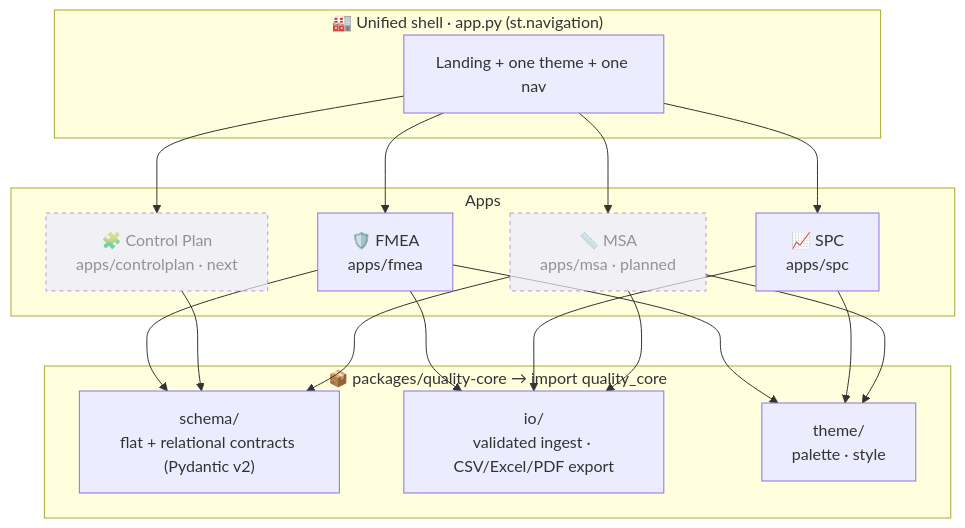
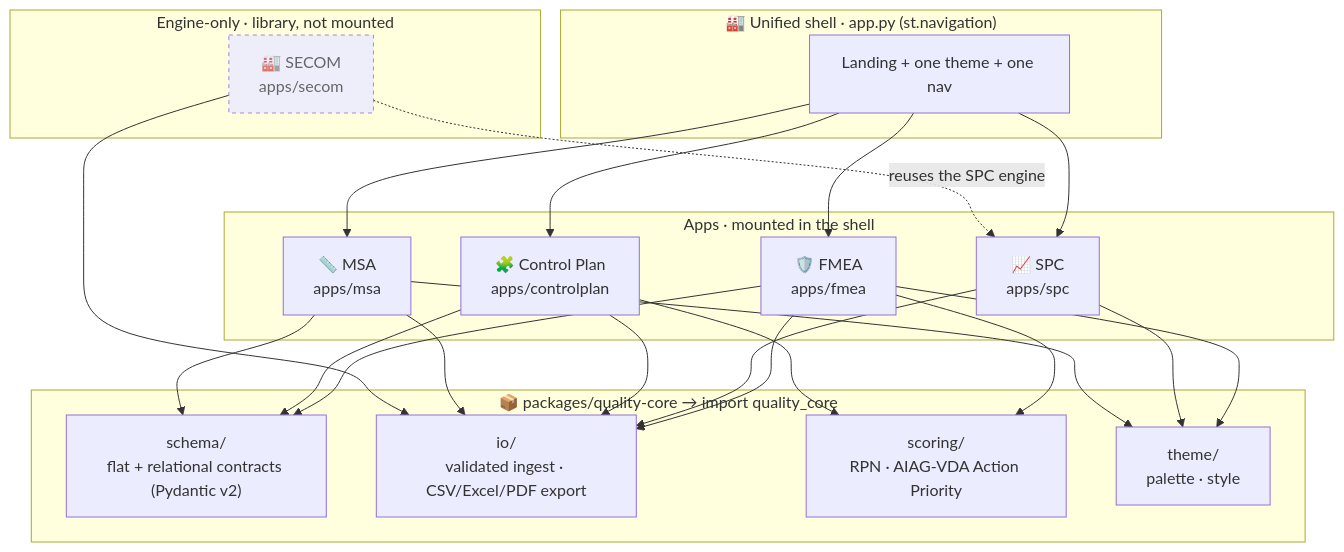
The second of 2 diagrams in README.md (Siddardth7/quality-platform), drawn with Mermaid before and after one commit. The commit also changed other lines of this file and 2 other files, not shown here.

First line of the commit message:
docs(readme,roadmap): reconcile with the actual tree (#208)

````diff
--- a/README.md
+++ b/README.md
@@ -138,25 +137,31 @@
 ```mermaid
 flowchart TB
     subgraph Shell["🏭 Unified shell · app.py (st.navigation)"]
         Home["Landing + one theme + one nav"]
     end
-    subgraph Apps["Apps"]
+    subgraph Apps["Apps · mounted in the shell"]
         FMEA["🛡️ FMEA<br/>apps/fmea"]
         SPC["📈 SPC<br/>apps/spc"]
-        CP["🧩 Control Plan<br/>apps/controlplan · next"]:::soon
-        MSA["📏 MSA<br/>apps/msa · planned"]:::soon
+        CP["🧩 Control Plan<br/>apps/controlplan"]
+        MSA["📏 MSA<br/>apps/msa"]
+    end
+    subgraph Engine["Engine-only · library, not mounted"]
+        SECOM["🏭 SECOM<br/>apps/secom"]:::engine
     end
     subgraph Core["📦 packages/quality-core → import quality_core"]
         Schema["schema/<br/>flat + relational contracts (Pydantic v2)"]
         IO["io/<br/>validated ingest · CSV/Excel/PDF export"]
+        Scoring["scoring/<br/>RPN · AIAG-VDA Action Priority"]
         Theme["theme/<br/>palette · style"]
     end
 
     Home --> FMEA & SPC & CP & MSA
-    FMEA --> Schema & IO & Theme
+    FMEA --> Schema & IO & Scoring & Theme
     SPC --> IO & Theme
-    CP --> Schema
+    CP --> Schema & IO & Scoring
     MSA --> Schema & IO & Theme
+    SECOM --> IO
+    SECOM -.reuses the SPC engine.-> SPC
 
-    classDef soon opacity:0.7,stroke-dasharray:4 4;
+    classDef engine opacity:0.85,stroke-dasharray:4 4;
 ```
````
